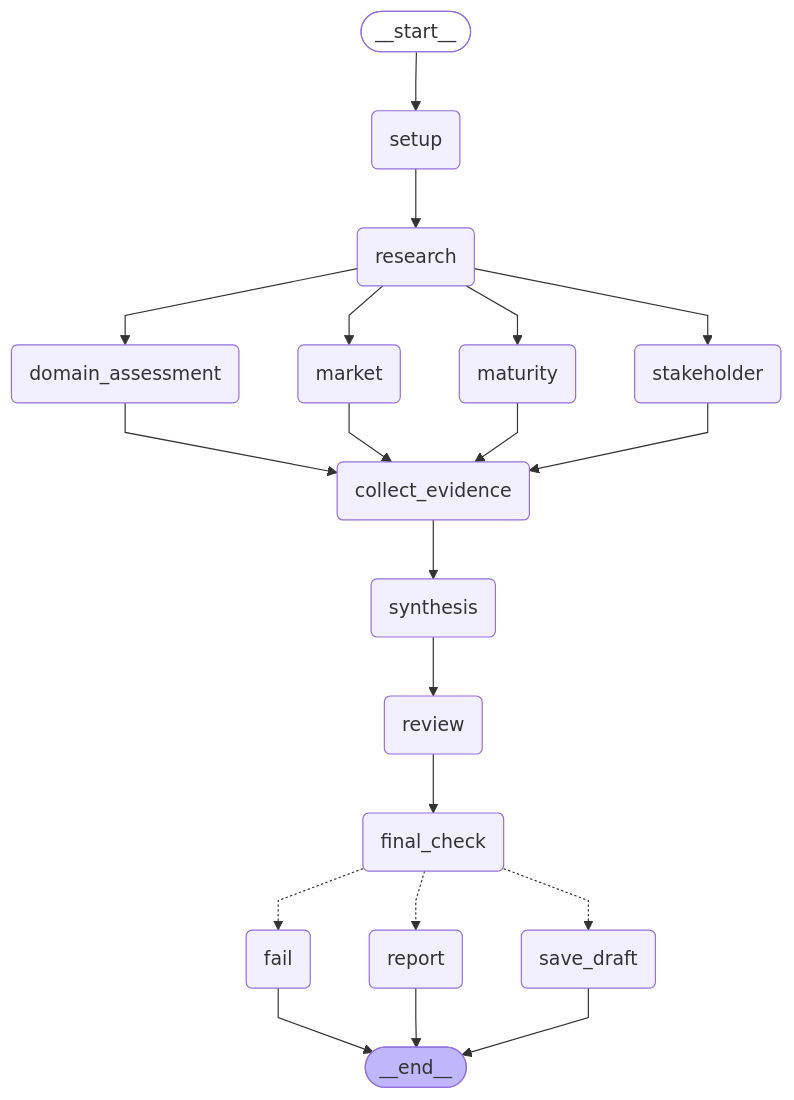
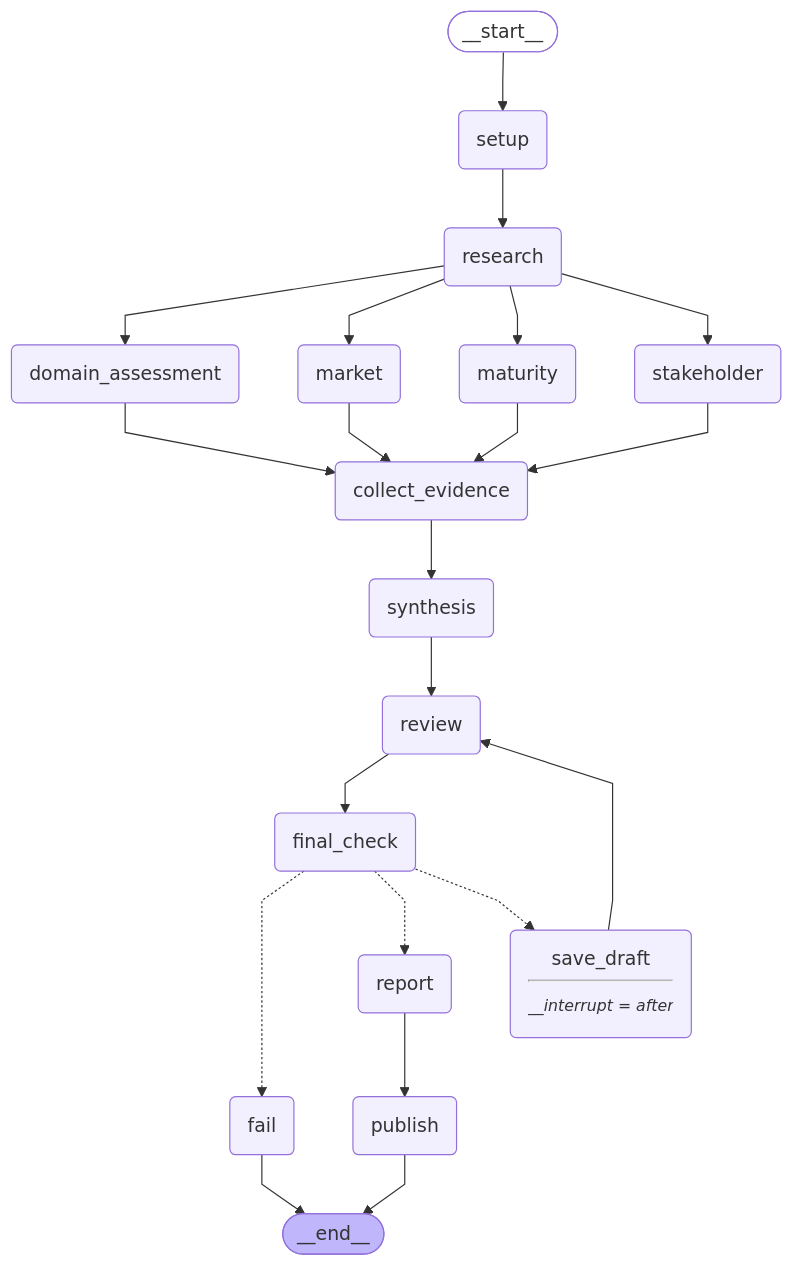
The diagram in docs/evidence/r1/graph.mmd (MK513/kv-cache-rag), drawn with Mermaid before and after one commit. The commit also changed 26 other files, not shown here.

```diff
--- a/docs/evidence/r1/graph.mmd
+++ b/docs/evidence/r1/graph.mmd
@@ -1,43 +1,45 @@
 ---
 config:
   flowchart:
     curve: linear
 ---
 graph TD;
 	__start__([<p>__start__</p>]):::first
 	setup(setup)
 	research(research)
 	maturity(maturity)
 	market(market)
 	stakeholder(stakeholder)
 	domain_assessment(domain_assessment)
 	collect_evidence(collect_evidence)
 	synthesis(synthesis)
 	review(review)
 	final_check(final_check)
-	save_draft(save_draft)
+	save_draft(save_draft<hr/><small><em>__interrupt = after</em></small>)
 	fail(fail)
 	report(report)
+	publish(publish)
 	__end__([<p>__end__</p>]):::last
 	__start__ --> setup;
 	collect_evidence --> synthesis;
 	domain_assessment --> collect_evidence;
 	final_check -.-> fail;
 	final_check -.-> report;
 	final_check -.-> save_draft;
 	market --> collect_evidence;
 	maturity --> collect_evidence;
+	report --> publish;
 	research --> domain_assessment;
 	research --> market;
 	research --> maturity;
 	research --> stakeholder;
 	review --> final_check;
+	save_draft --> review;
 	setup --> research;
 	stakeholder --> collect_evidence;
 	synthesis --> review;
 	fail --> __end__;
-	report --> __end__;
-	save_draft --> __end__;
+	publish --> __end__;
 	classDef default fill:#f2f0ff,line-height:1.2
 	classDef first fill-opacity:0
 	classDef last fill:#bfb6fc
```
